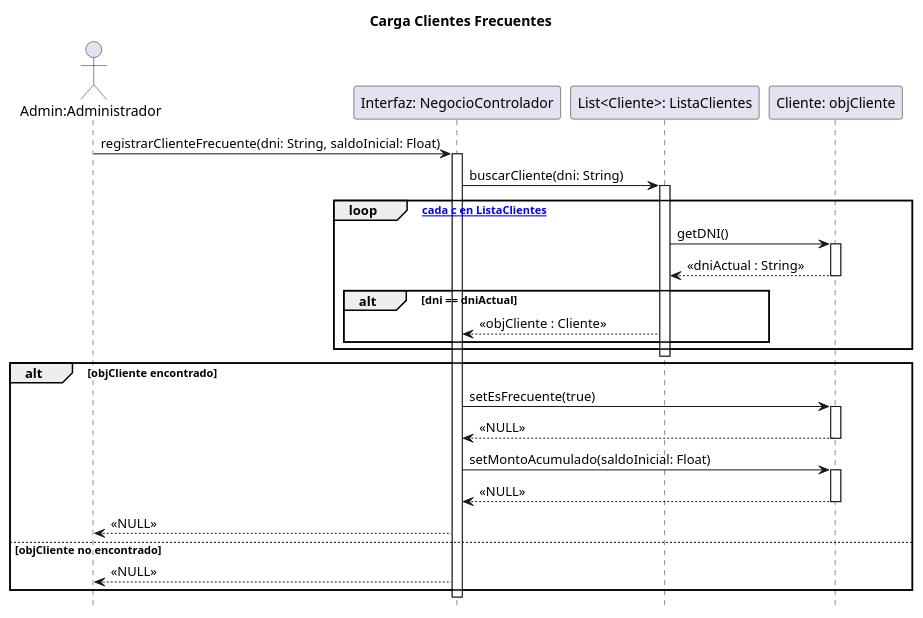
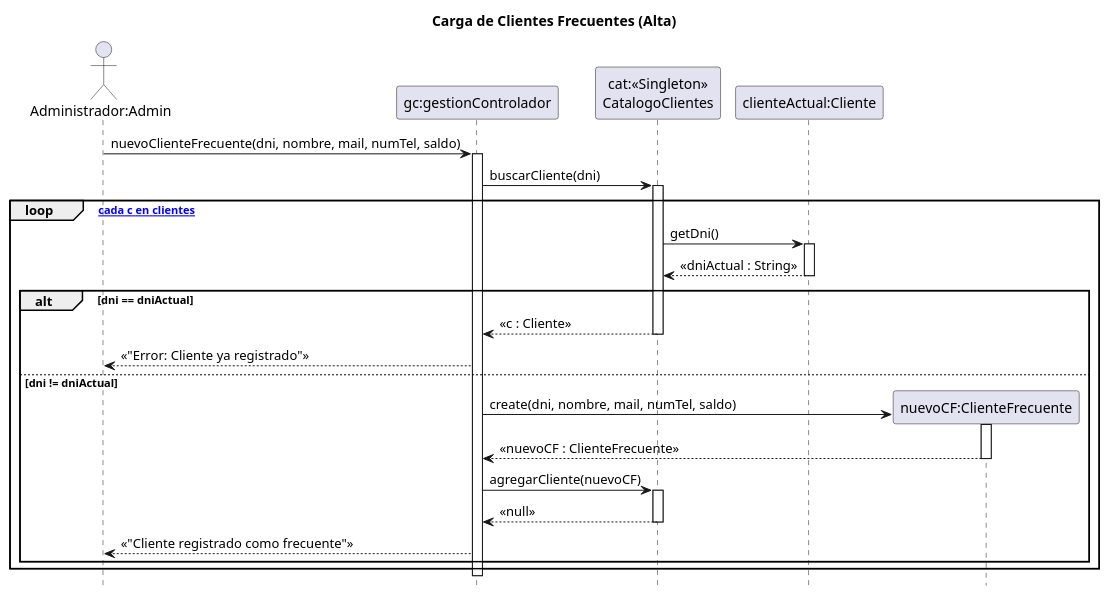
The diagram in 08 - Diagramas de Secuencia de Diseño/CargaClientesFrecuentes/CargaClientesFrecuentes.puml (zEzequR/PF-I), drawn with PlantUML before and after one commit. The commit also changed 3 other files, not shown here.

```diff
--- a/08 - Diagramas de Secuencia de Diseño/CargaClientesFrecuentes/CargaClientesFrecuentes.puml
+++ b/08 - Diagramas de Secuencia de Diseño/CargaClientesFrecuentes/CargaClientesFrecuentes.puml
@@ -1,52 +1,52 @@
 @startuml
-title Carga Clientes Frecuentes
+title Carga de Clientes Frecuentes (Alta)
 
 hide footbox
 
-actor "Admin:Administrador" as admin
-participant "Interfaz: NegocioControlador" as NegCtrl
-participant "List<Cliente>: ListaClientes" as lista
-participant "Cliente: objCliente" as cliente
+actor "Administrador:Admin" as admin
+participant "gc:gestionControlador" as ctrl
+participant "cat:<<Singleton>>\nCatalogoClientes" as cat
+participant "clienteActual:Cliente" as cliente_actual
 
+admin -> ctrl : nuevoClienteFrecuente(dni, nombre, mail, numTel, saldo)
+activate ctrl
 
-admin -> NegCtrl : registrarClienteFrecuente(dni: String, saldoInicial: Float)
-activate NegCtrl
+ctrl -> cat : buscarCliente(dni)
+activate cat
 
-    NegCtrl -> lista : buscarCliente(dni: String)
-    activate lista
+loop [para cada c en clientes]
+    cat -> cliente_actual : getDni()
+    activate cliente_actual
+    cliente_actual --> cat : << dniActual : String >>
+    deactivate cliente_actual
     
-    loop [para cada c en ListaClientes]
-        lista -> cliente : getDNI()
-        activate cliente
-        cliente --> lista : << dniActual : String >>
-        deactivate cliente
+    alt dni == dniActual
+        cat --> ctrl : << c : Cliente >>
+        deactivate cat
         
-        alt dni == dniActual
-            lista --> NegCtrl : << objCliente : Cliente >>
-        end
+        ctrl --> admin : << "Error: Cliente ya registrado" >>
+
+    else dni != dniActual
+
+        deactivate cat
+
+        
+        create participant "nuevoCF:ClienteFrecuente" as nuevo_cf
+        ctrl -> nuevo_cf : create(dni, nombre, mail, numTel, saldo)
+        activate nuevo_cf
+        nuevo_cf --> ctrl : << nuevoCF : ClienteFrecuente >>
+        deactivate nuevo_cf
+
+        ctrl -> cat : agregarCliente(nuevoCF)
+        activate cat
+        
+        cat --> ctrl : << null >>
+        deactivate cat
+        
+        ctrl --> admin : << "Cliente registrado como frecuente" >>
+        
     end
-    deactivate lista
+end
 
-    alt objCliente encontrado
-    
-        NegCtrl -> cliente : setEsFrecuente(true)
-        activate cliente
-        ' CORRECCIÓN: Retorno NULL
-        cliente --> NegCtrl : <<NULL>>
-        deactivate cliente
-
-        NegCtrl -> cliente : setMontoAcumulado(saldoInicial: Float)
-        activate cliente
-
-        cliente --> NegCtrl : <<NULL>>
-        deactivate cliente
-
-
-        NegCtrl --> admin : <<NULL>>
-
-    else objCliente no encontrado
-        NegCtrl --> admin : <<NULL>>
-    end
-
-deactivate NegCtrl
+deactivate ctrl
 @enduml
```
